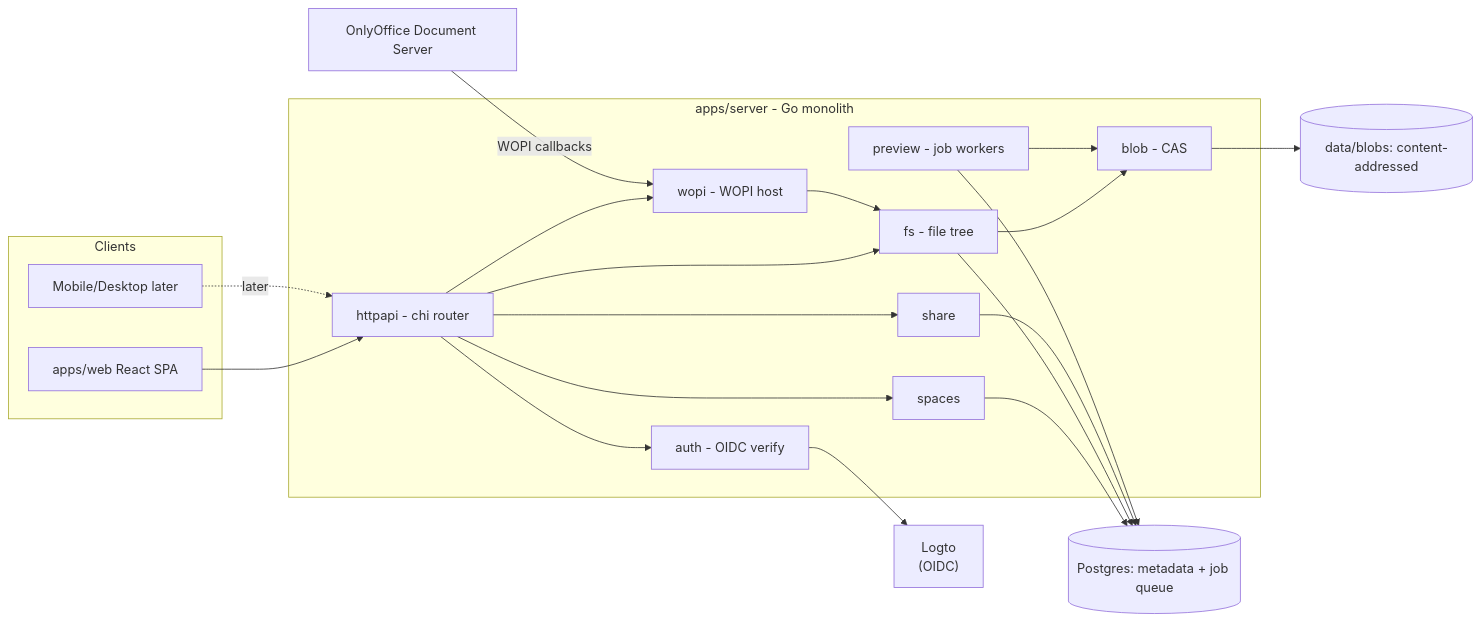
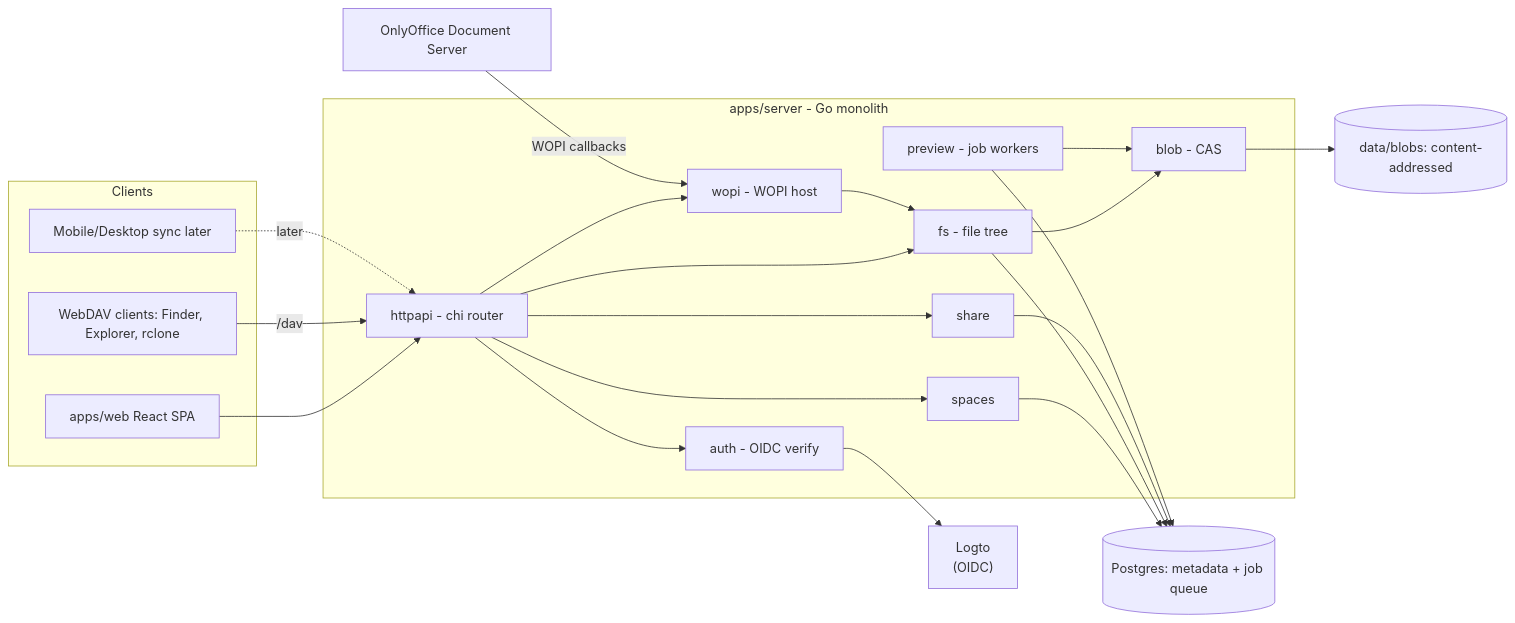
Before and after one commit to pp-techs/pp-hub: the diagram in docs/architecture/system-design.md, drawn with Mermaid. The commit also changed other lines of this file and 43 other files, not shown here.

First line of the commit message:
feat(dav): mount the drive over WebDAV

````diff
--- a/docs/architecture/system-design.md
+++ b/docs/architecture/system-design.md
@@ -20,36 +20,38 @@
 ```mermaid
 flowchart LR
     subgraph Clients
         Web[apps/web React SPA]
-        Future[Mobile/Desktop later]
+        DAV[WebDAV clients: Finder, Explorer, rclone]
+        Future[Mobile/Desktop sync later]
     end
 
     subgraph Server[apps/server - Go monolith]
         API[httpapi - chi router]
         AUTH[auth - OIDC verify]
         SP[spaces]
         FS[fs - file tree]
         BLOB[blob - CAS]
         SH[share]
         WOPI[wopi - WOPI host]
         PREV[preview - job workers]
     end
 
     PG[(Postgres: metadata + job queue)]
     DISK[(data/blobs: content-addressed)]
     OO[OnlyOffice Document Server]
     IDP["Logto\n(OIDC)"]
 
     Web --> API
+    DAV -- /dav --> API
     Future -. later .-> API
     API --> AUTH
     API --> SP & FS & SH & WOPI
     FS --> BLOB
     AUTH --> IDP
     SP & FS & SH --> PG
     BLOB --> DISK
     OO -->|WOPI callbacks| WOPI
     WOPI --> FS
     PREV --> PG
     PREV --> BLOB
 ```
````
